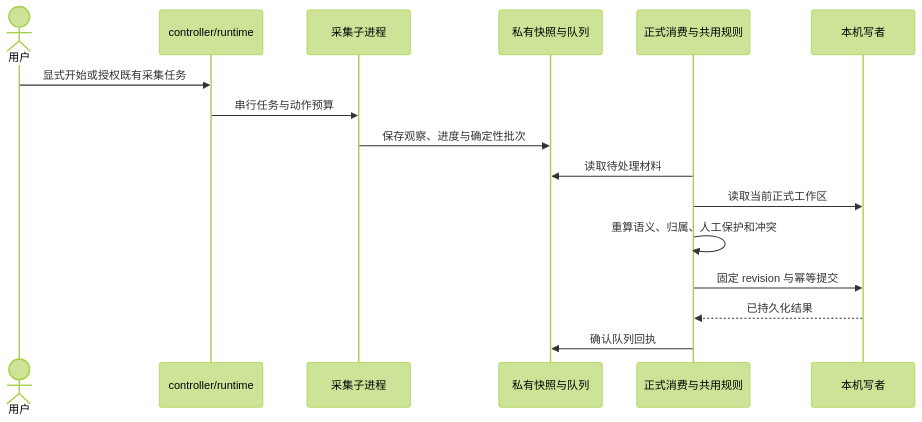
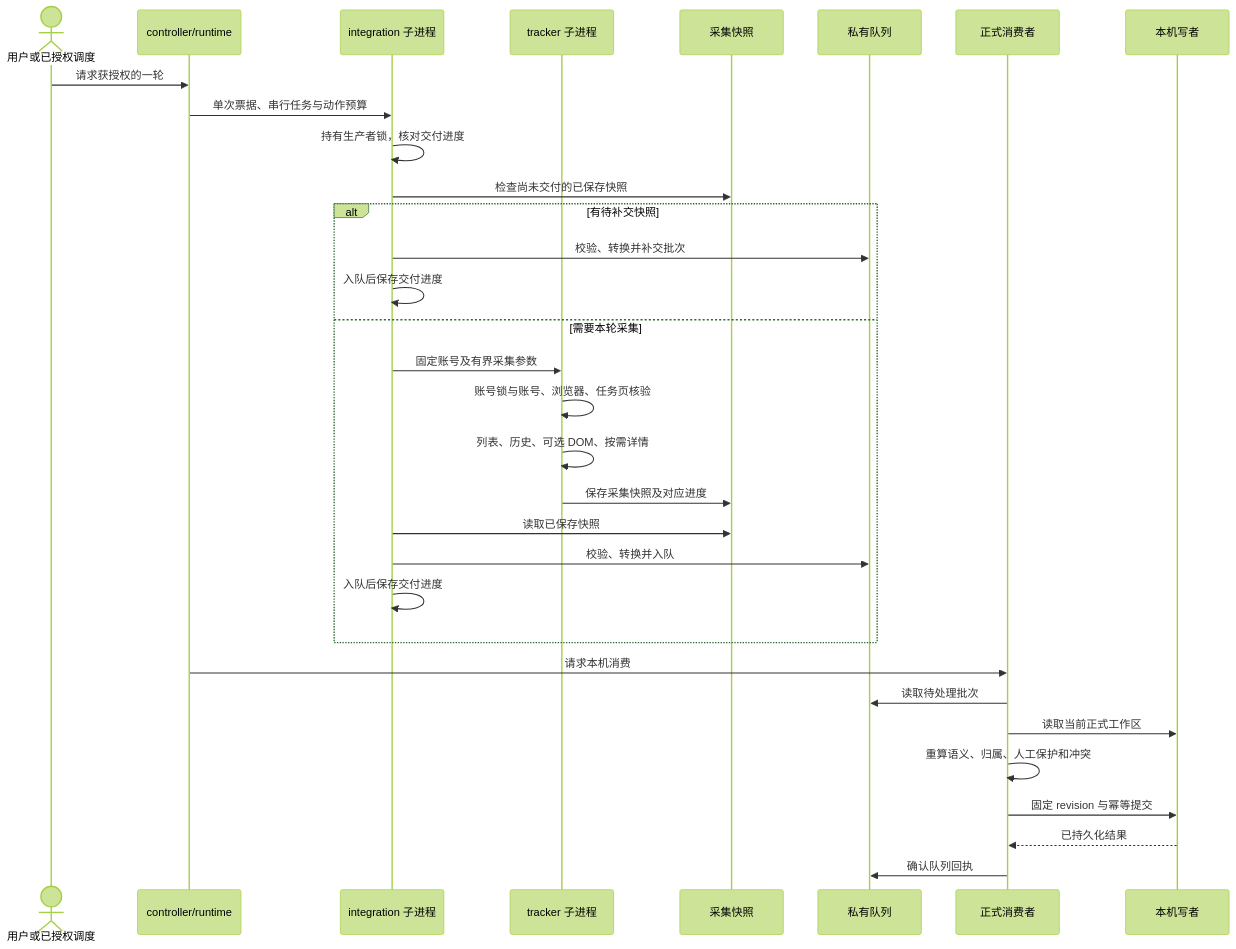
One commit to codeongit/job-tracker changed the fourth of 4 diagrams in docs/ARCHITECTURE.md. Above: the diagram before and after it, drawn with Mermaid (forest theme). The commit also changed other lines of this file and 6 other files, not shown here.

Commit message:
docs: clarify BOSS architecture and outline refactor and product plans

````diff
--- a/docs/ARCHITECTURE.md
+++ b/docs/ARCHITECTURE.md
@@ -130,18 +162,34 @@
 ```mermaid
 sequenceDiagram
-    actor U as 用户
+    actor U as 用户或已授权调度
     participant R as controller/runtime
-    participant C as 采集子进程
-    participant Q as 私有快照与队列
-    participant A as 正式消费与共用规则
+    participant P as integration 子进程
+    participant C as tracker 子进程
+    participant F as 采集快照
+    participant Q as 私有队列
+    participant A as 正式消费者
     participant S as 本机写者
-    U->>R: 显式开始或授权既有采集任务
-    R->>C: 串行任务与动作预算
-    C->>Q: 保存观察、进度与确定性批次
-    A->>Q: 读取待处理材料
+    U->>R: 请求获授权的一轮
+    R->>P: 单次票据、串行任务与动作预算
+    P->>P: 持有生产者锁，核对交付进度
+    P->>F: 检查尚未交付的已保存快照
+    alt 有待补交快照
+        P->>Q: 校验、转换并补交批次
+        P->>P: 入队后保存交付进度
+    else 需要本轮采集
+        P->>C: 固定账号及有界采集参数
+        C->>C: 账号锁与账号、浏览器、任务页核验
+        C->>C: 列表、历史、可选 DOM、按需详情
+        C->>F: 保存采集快照及对应进度
+        P->>F: 读取已保存快照
+        P->>Q: 校验、转换并入队
+        P->>P: 入队后保存交付进度
+    end
+    R->>A: 请求本机消费
+    A->>Q: 读取待处理批次
     A->>S: 读取当前正式工作区
     A->>A: 重算语义、归属、人工保护和冲突
     A->>S: 固定 revision 与幂等提交
     S-->>A: 已持久化结果
     A->>Q: 确认队列回执
 ```
````
